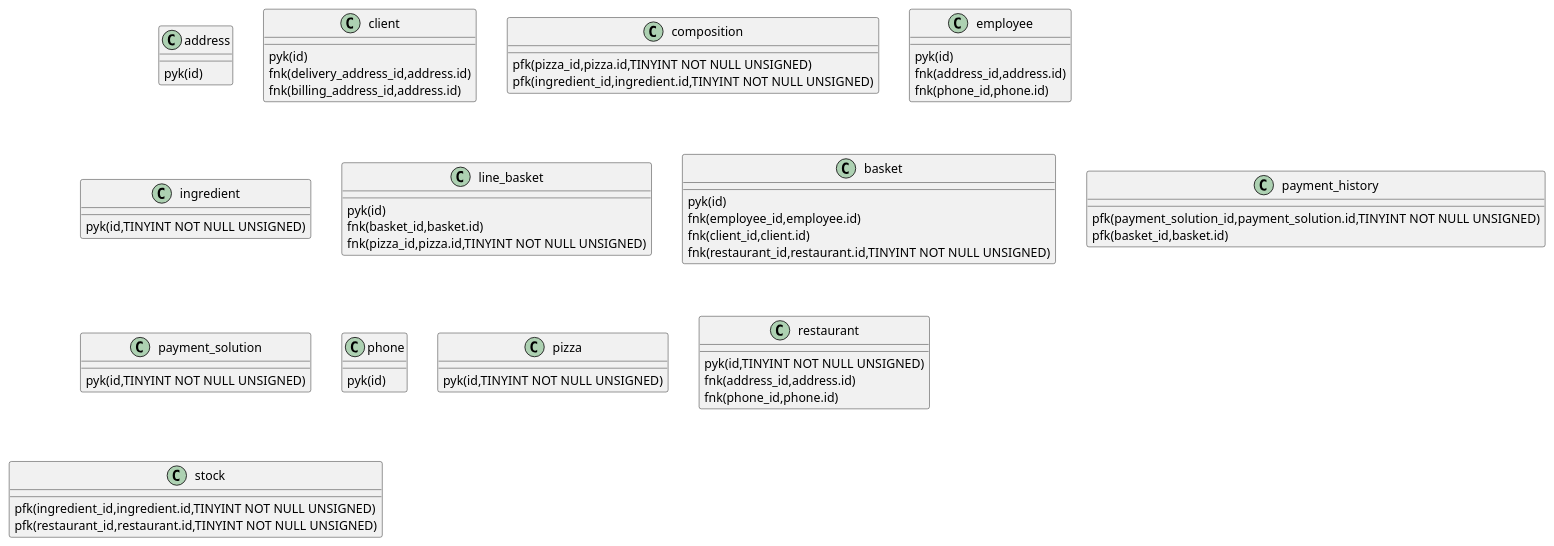
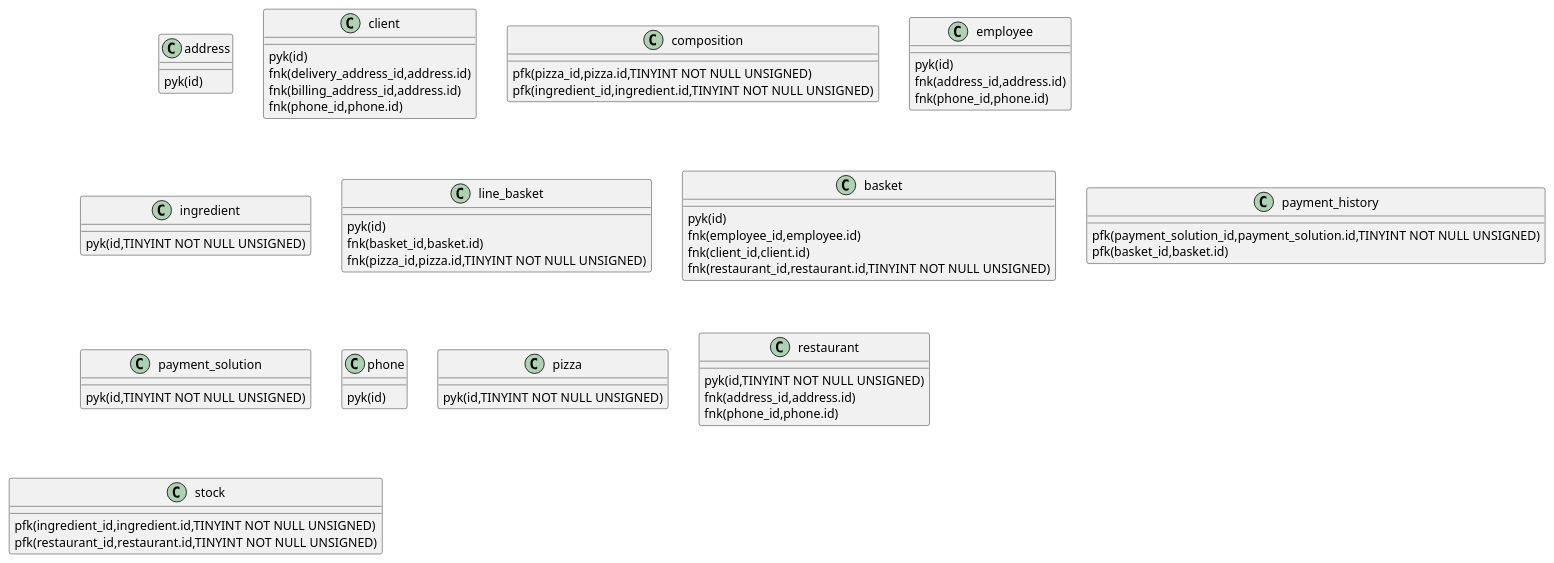
One commit to freezed/ocp6 changed the diagram in src-puml/keys.iuml. Above: the diagram before and after it, drawn with PlantUML. The commit also changed 1 other file, not shown here.

```diff
--- a/src-puml/keys.iuml
+++ b/src-puml/keys.iuml
@@ -1,54 +1,55 @@
 /' = = = = = = = KEY = = = = = = = '/
 class address {
     pyk(id)
 }
 class client {
     pyk(id)
     fnk(delivery_address_id,address.id)
     fnk(billing_address_id,address.id)
+    fnk(phone_id,phone.id)
 }
 class composition {
     pfk(pizza_id,pizza.id,TINYINT NOT NULL UNSIGNED)
     pfk(ingredient_id,ingredient.id,TINYINT NOT NULL UNSIGNED)
 }
 class employee {
     pyk(id)
     fnk(address_id,address.id)
     fnk(phone_id,phone.id)
 }
 class ingredient {
     pyk(id,TINYINT NOT NULL UNSIGNED)
 }
 class line_basket {
     pyk(id)
     fnk(basket_id,basket.id)
     fnk(pizza_id,pizza.id,TINYINT NOT NULL UNSIGNED)
 }
 class basket {
     pyk(id)
     fnk(employee_id,employee.id)
     fnk(client_id,client.id)
     fnk(restaurant_id,restaurant.id,TINYINT NOT NULL UNSIGNED)
 }
 class payment_history {
     pfk(payment_solution_id,payment_solution.id,TINYINT NOT NULL UNSIGNED)
     pfk(basket_id,basket.id)
 }
 class payment_solution {
     pyk(id,TINYINT NOT NULL UNSIGNED)
 }
 class phone {
     pyk(id)
 }
 class pizza {
     pyk(id,TINYINT NOT NULL UNSIGNED)
 }
 class restaurant {
     pyk(id,TINYINT NOT NULL UNSIGNED)
     fnk(address_id,address.id)
     fnk(phone_id,phone.id)
 }
 class stock {
     pfk(ingredient_id,ingredient.id,TINYINT NOT NULL UNSIGNED)
     pfk(restaurant_id,restaurant.id,TINYINT NOT NULL UNSIGNED)
 }
```
